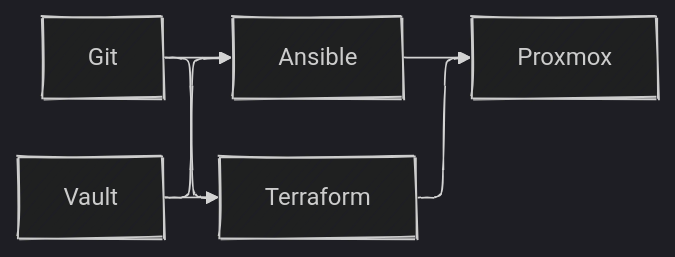
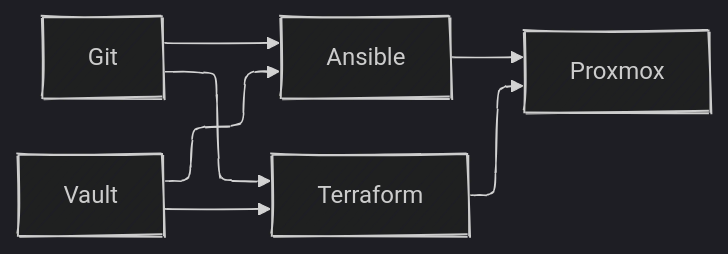
One commit to gitrsi/cyberops.zone changed the diagram in doing/Private Cloud/README.md. Above: the diagram before and after it, drawn with Mermaid (dark theme).

````diff
--- a/doing/Private Cloud/README.md
+++ b/doing/Private Cloud/README.md
@@ -8,18 +8,16 @@
 ```mermaid
 ---
 config:
   layout: elk
   look: handDrawn
-  elk:
-    mergeEdges: true
-    nodePlacementStrategy: LINEAR_SEGMENTS
+
 ---
 graph LR
     
   G[Git] --> A[Ansible]
   G --> T[Terraform]
   V[Vault] --> A
   V --> T
   A --> P[Proxmox]
   T --> P
 ```
````
